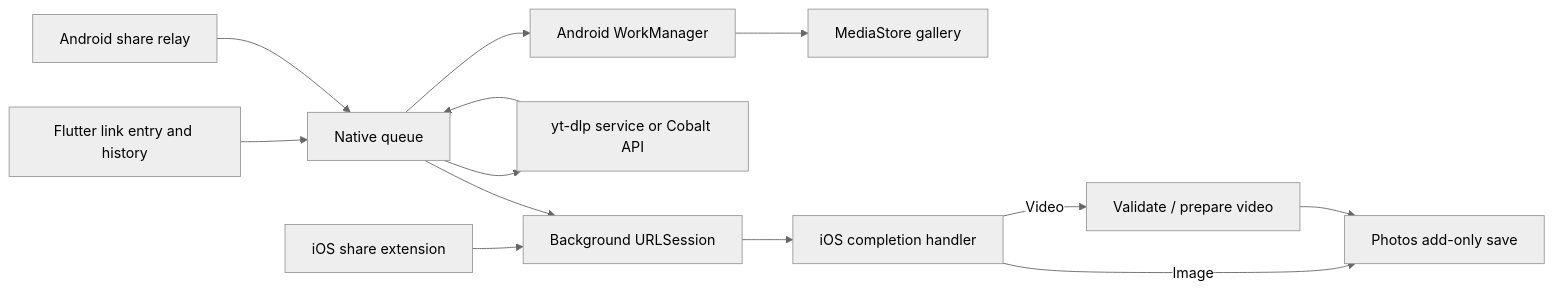
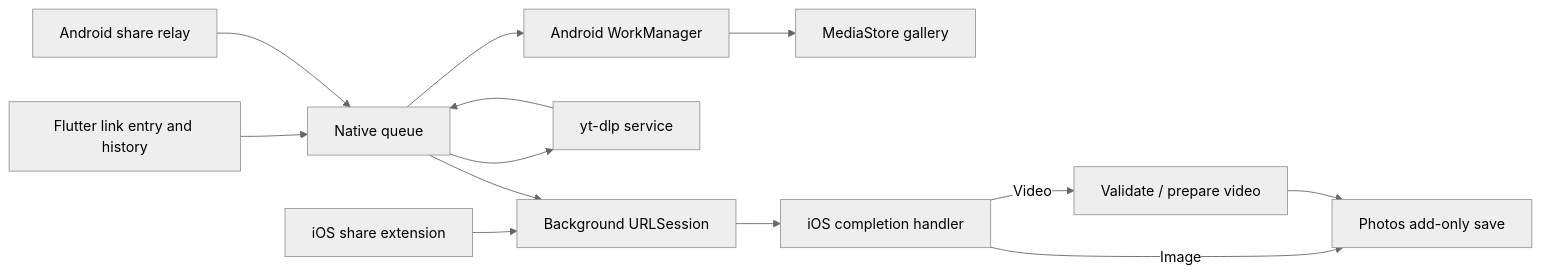
The diagram in README.md (stardewjames/maiDL), drawn with Mermaid (neutral theme) before and after one commit. The commit also changed other lines of this file and 7 other files, not shown here.

Commit message:
Remove Cobalt resolver support

````diff
--- a/README.md
+++ b/README.md
@@ -136,15 +135,15 @@
 ```mermaid
 flowchart LR
     UI[Flutter link entry and history] --> Native[Native queue]
     AndroidShare[Android share relay] --> Native
     IOSShare[iOS share extension] --> Session[Background URLSession]
-    Native --> Resolver[yt-dlp service or Cobalt API]
+    Native --> Resolver[yt-dlp service]
     Resolver --> Native
     Native --> Worker[Android WorkManager]
     Native --> Session
     Worker --> Store[MediaStore gallery]
     Session --> Completion[iOS completion handler]
     Completion -->|Video| Preparation[Validate / prepare video]
     Completion -->|Image| Photos[Photos add-only save]
     Preparation --> Photos
 ```
````
